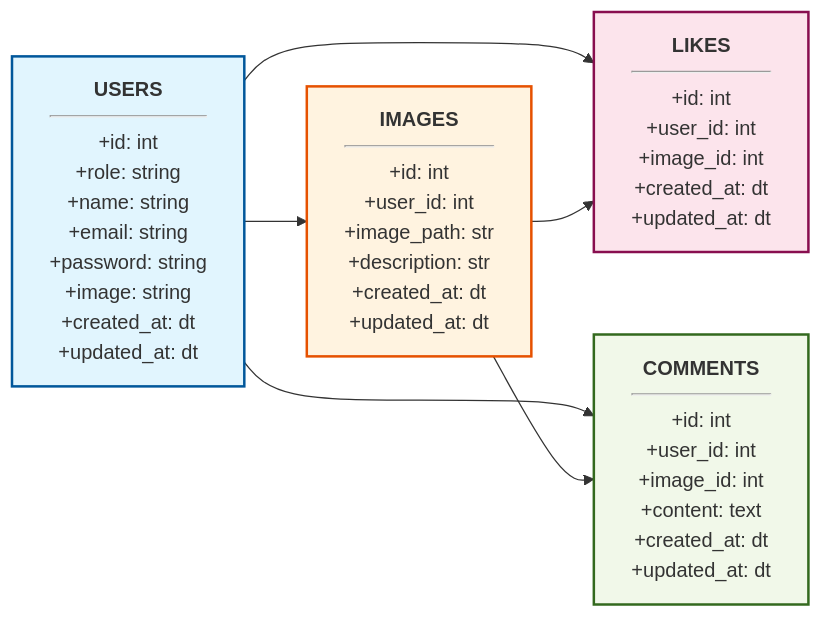
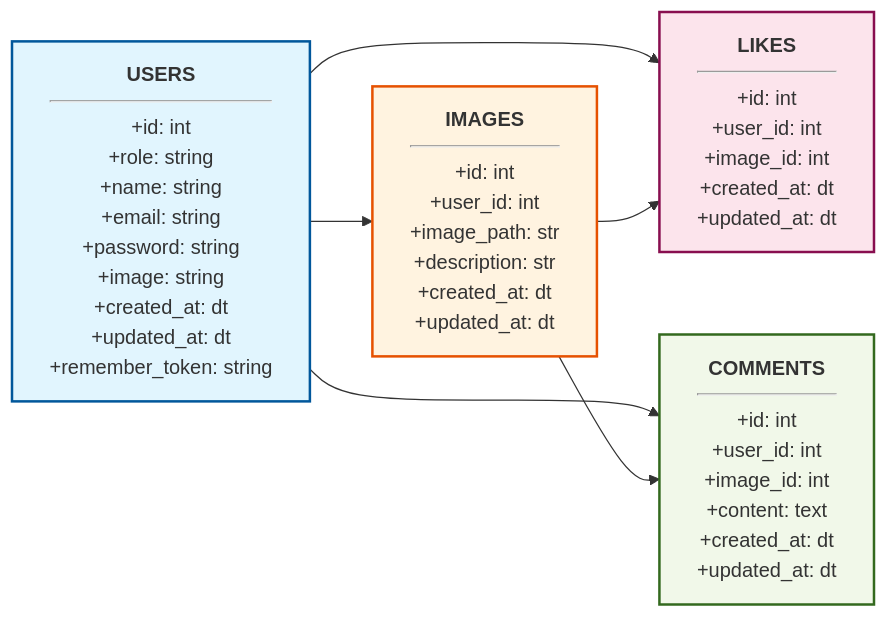
The diagram in topics/dev/php1/notas_php_master_2.md (yangpimpollo/_holocron), drawn with Mermaid before and after one commit.

````diff
--- a/topics/dev/php1/notas_php_master_2.md
+++ b/topics/dev/php1/notas_php_master_2.md
@@ -5,24 +5,24 @@
 ```mermaid
 graph LR
     %% Configuración de Colores y Estilos
     classDef users fill:#e1f5fe,stroke:#01579b,stroke-width:2px;
     classDef images fill:#fff3e0,stroke:#e65100,stroke-width:2px;
     classDef likes fill:#fce4ec,stroke:#880e4f,stroke-width:2px;
     classDef comments fill:#f1f8e9,stroke:#33691e,stroke-width:2px;
 
     %% Nodos con Info y HTML para Negritas
-    U["<b>USERS</b><hr/>+id: int<br/>+role: string<br/>+name: string<br/>+email: string<br/>+password: string<br/>+image: string<br/>+created_at: dt<br/>+updated_at: dt"]:::users
+    U["<b>USERS</b><hr/>+id: int<br/>+role: string<br/>+name: string<br/>+email: string<br/>+password: string<br/>+image: string<br/>+created_at: dt<br/>+updated_at: dt<br/>+remember_token: string"]:::users
 
     I["<b>IMAGES</b><hr/>+id: int<br/>+user_id: int<br/>+image_path: str<br/>+description: str<br/>+created_at: dt<br/>+updated_at: dt"]:::images
 
     L["<b>LIKES</b><hr/>+id: int<br/>+user_id: int<br/>+image_id: int<br/>+created_at: dt<br/>+updated_at: dt"]:::likes
 
     C["<b>COMMENTS</b><hr/>+id: int<br/>+user_id: int<br/>+image_id: int<br/>+content: text<br/>+created_at: dt<br/>+updated_at: dt"]:::comments
 
     %% Relaciones
     U --> I
     U --> L
     U --> C
     I --> L
     I --> C
 ```
````
